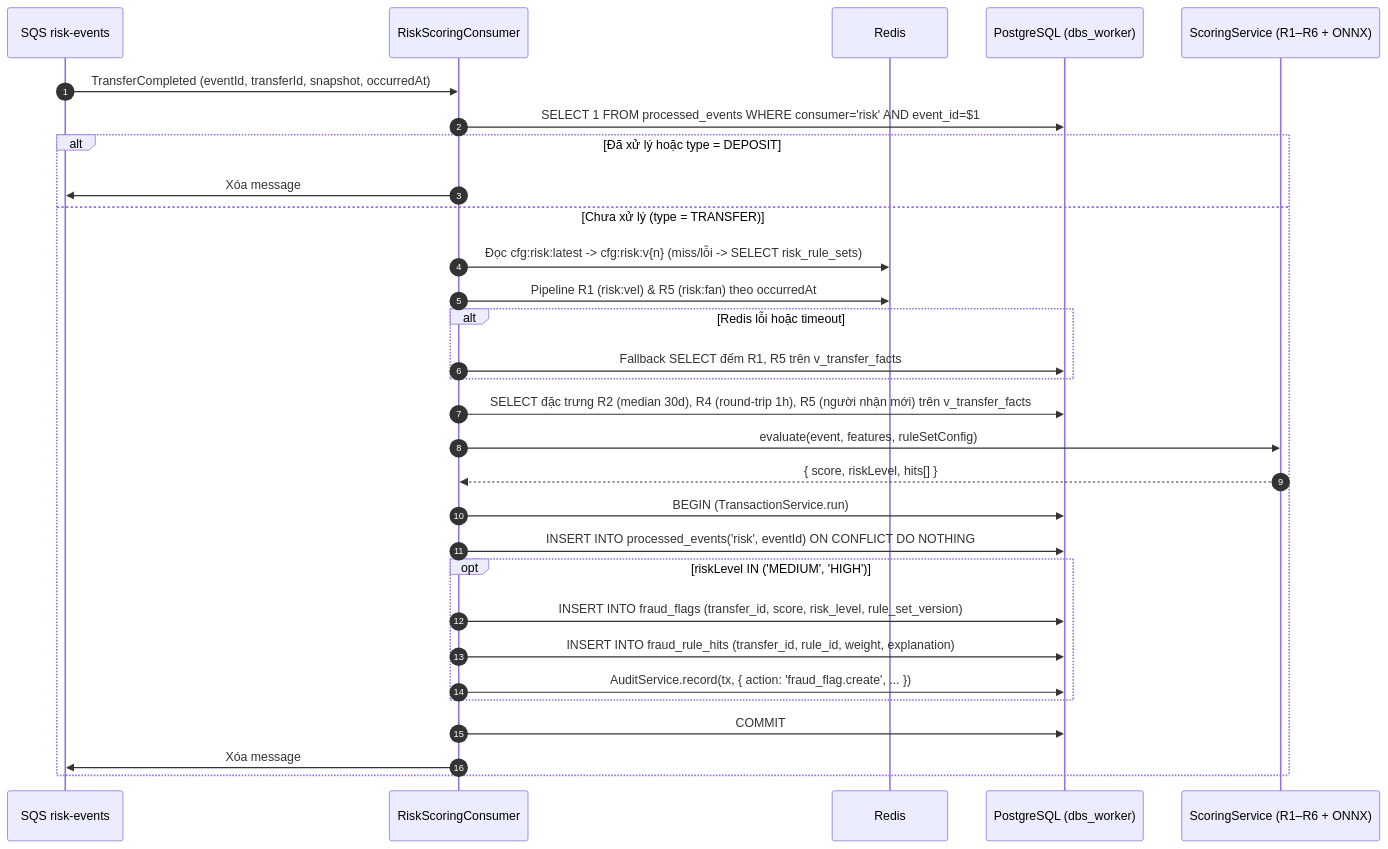
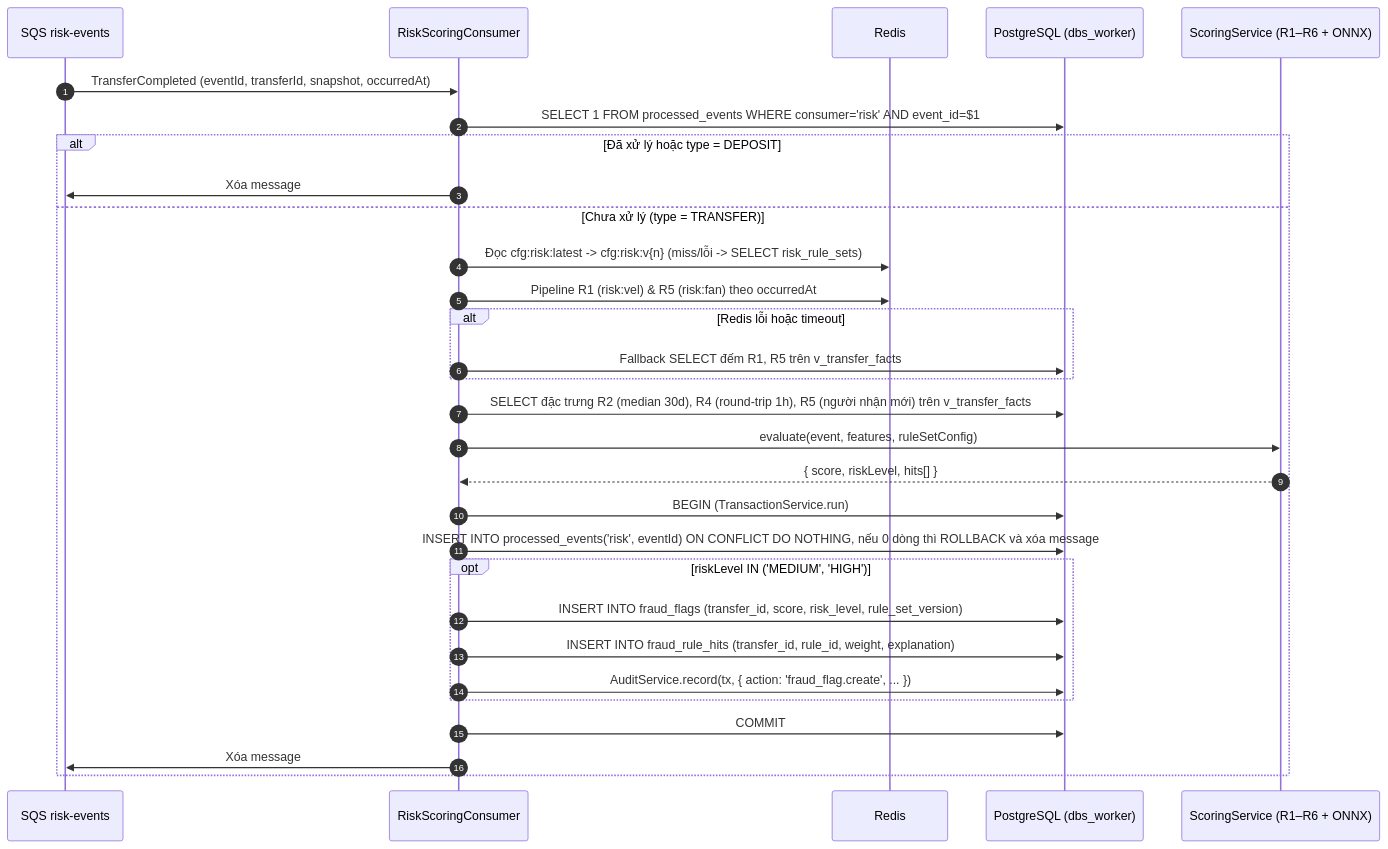
The diagram in docs/components/risk/02-architecture.md (Lawliet119/digital-banking-simulator), drawn with Mermaid before and after one commit. The commit also changed other lines of this file and 9 other files, not shown here.

````diff
--- a/docs/components/risk/02-architecture.md
+++ b/docs/components/risk/02-architecture.md
@@ -94,33 +94,33 @@
 ```mermaid
 sequenceDiagram
     autonumber
     participant Q as SQS risk-events
     participant W as RiskScoringConsumer
     participant R as Redis
     participant DB as PostgreSQL (dbs_worker)
     participant S as ScoringService (R1–R6 + ONNX)
 
     Q->>W: TransferCompleted (eventId, transferId, snapshot, occurredAt)
     W->>DB: SELECT 1 FROM processed_events WHERE consumer='risk' AND event_id=$1
     alt Đã xử lý hoặc type = DEPOSIT
         W->>Q: Xóa message
     else Chưa xử lý (type = TRANSFER)
         W->>R: Đọc cfg:risk:latest -> cfg:risk:v{n} (miss/lỗi -> SELECT risk_rule_sets)
         W->>R: Pipeline R1 (risk:vel) & R5 (risk:fan) theo occurredAt
         alt Redis lỗi hoặc timeout
             W->>DB: Fallback SELECT đếm R1, R5 trên v_transfer_facts
         end
         W->>DB: SELECT đặc trưng R2 (median 30d), R4 (round-trip 1h), R5 (người nhận mới) trên v_transfer_facts
         W->>S: evaluate(event, features, ruleSetConfig)
         S-->>W: { score, riskLevel, hits[] }
         W->>DB: BEGIN (TransactionService.run)
-        W->>DB: INSERT INTO processed_events('risk', eventId) ON CONFLICT DO NOTHING
+        W->>DB: INSERT INTO processed_events('risk', eventId) ON CONFLICT DO NOTHING, nếu 0 dòng thì ROLLBACK và xóa message
         opt riskLevel IN ('MEDIUM', 'HIGH')
             W->>DB: INSERT INTO fraud_flags (transfer_id, score, risk_level, rule_set_version)
             W->>DB: INSERT INTO fraud_rule_hits (transfer_id, rule_id, weight, explanation)
             W->>DB: AuditService.record(tx, { action: 'fraud_flag.create', ... })
         end
         W->>DB: COMMIT
         W->>Q: Xóa message
     end
 ```
````
